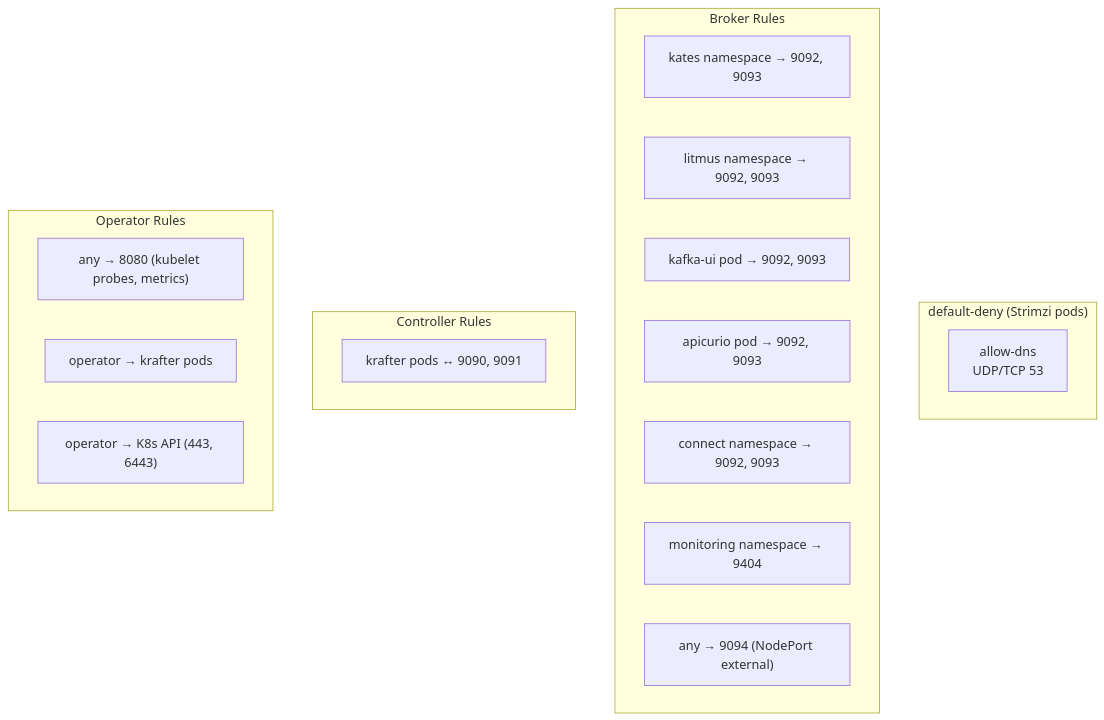
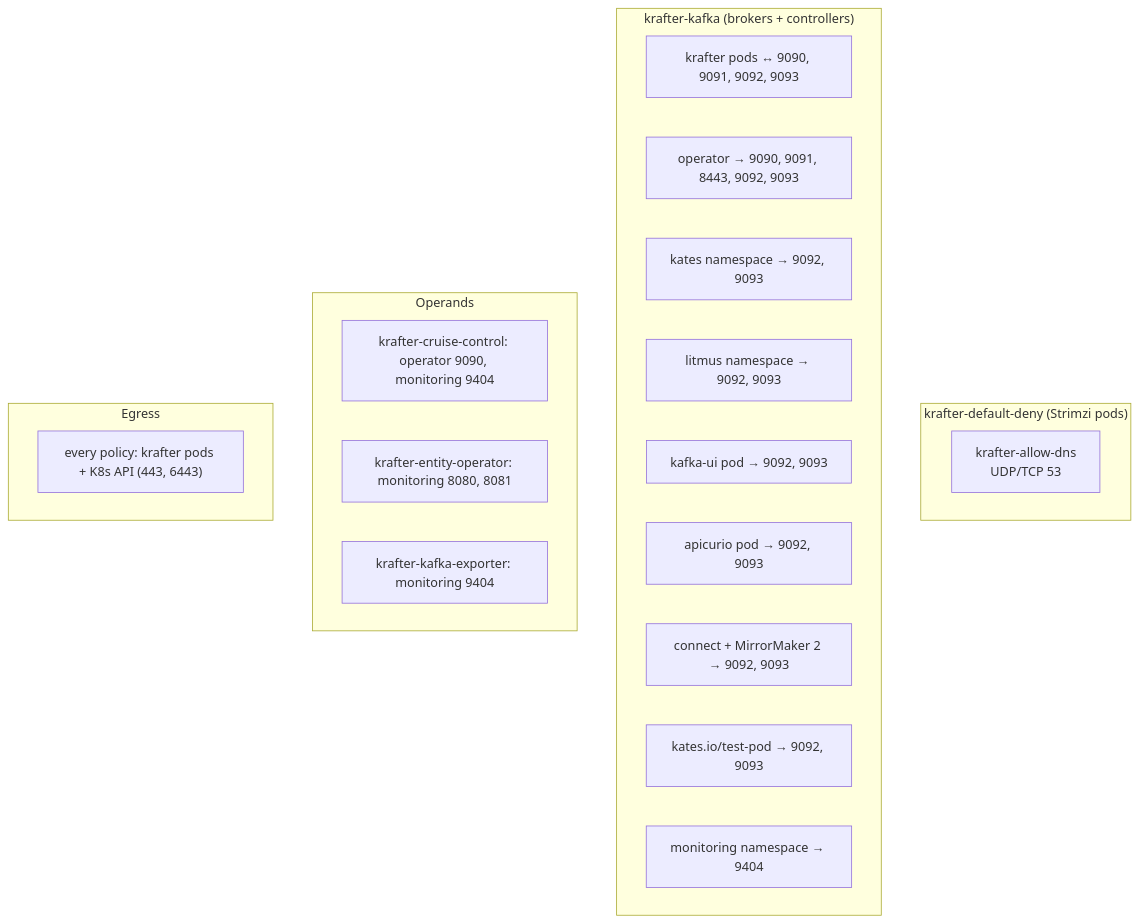
One commit to actions-marketplace-validations/bmscomp_kates changed the fifth of 6 diagrams in docs/book/17-security.md. Above: the diagram before and after it, drawn with Mermaid. The commit also changed other lines of this file and 284 other files, not shown here.

````diff
--- a/docs/book/17-security.md
+++ b/docs/book/17-security.md
@@ -360,26 +379,28 @@
 ```mermaid
 graph TD
-    subgraph Default["default-deny (Strimzi pods)"]
-        DNS["allow-dns<br/>UDP/TCP 53"]
+    subgraph Default["krafter-default-deny (Strimzi pods)"]
+        DNS["krafter-allow-dns<br/>UDP/TCP 53"]
     end
 
-    subgraph Broker Rules
-        B1["kates namespace → 9092, 9093"]
-        B2["litmus namespace → 9092, 9093"]
-        B3["kafka-ui pod → 9092, 9093"]
-        B4["apicurio pod → 9092, 9093"]
-        B5["connect namespace → 9092, 9093"]
-        B6["monitoring namespace → 9404"]
-        B7["any → 9094 (NodePort external)"]
+    subgraph Kafka["krafter-kafka (brokers + controllers)"]
+        B0["krafter pods ↔ 9090, 9091, 9092, 9093"]
+        B1["operator → 9090, 9091, 8443, 9092, 9093"]
+        B2["kates namespace → 9092, 9093"]
+        B3["litmus namespace → 9092, 9093"]
+        B4["kafka-ui pod → 9092, 9093"]
+        B5["apicurio pod → 9092, 9093"]
+        B6["connect + MirrorMaker 2 → 9092, 9093"]
+        B7["kates.io/test-pod → 9092, 9093"]
+        B8["monitoring namespace → 9404"]
     end
 
-    subgraph Controller Rules
-        C1["krafter pods ↔ 9090, 9091"]
+    subgraph Operands
+        O1["krafter-cruise-control: operator 9090, monitoring 9404"]
+        O2["krafter-entity-operator: monitoring 8080, 8081"]
+        O3["krafter-kafka-exporter: monitoring 9404"]
     end
 
-    subgraph Operator Rules
-        O1["any → 8080 (kubelet probes, metrics)"]
-        O2["operator → krafter pods"]
-        O3["operator → K8s API (443, 6443)"]
+    subgraph Egress
+        E1["every policy: krafter pods + K8s API (443, 6443)"]
     end
 ```
````
